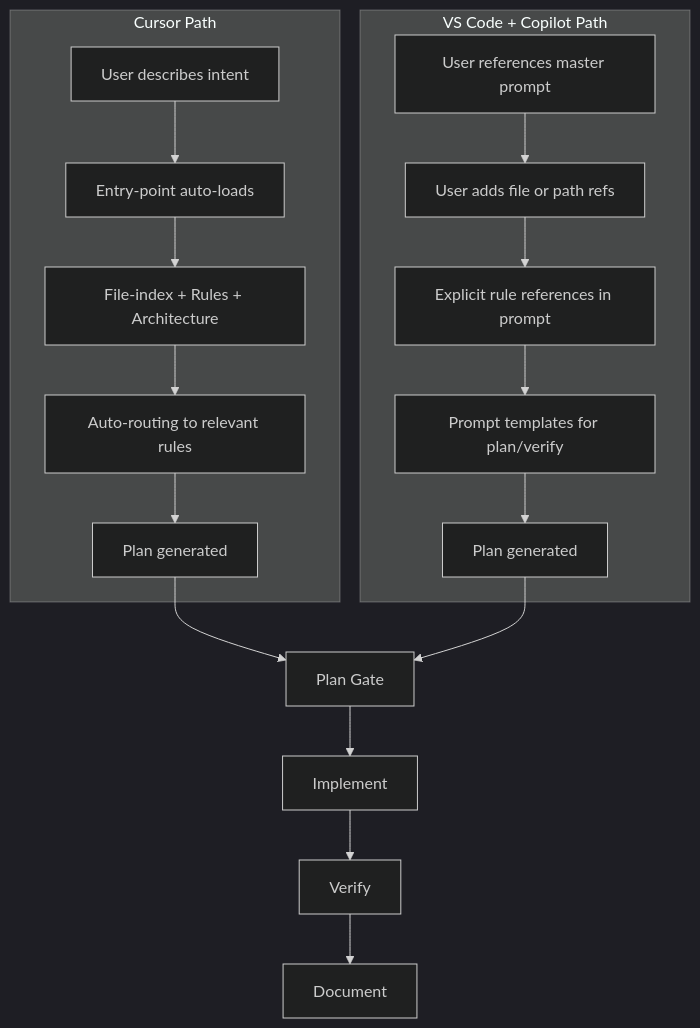
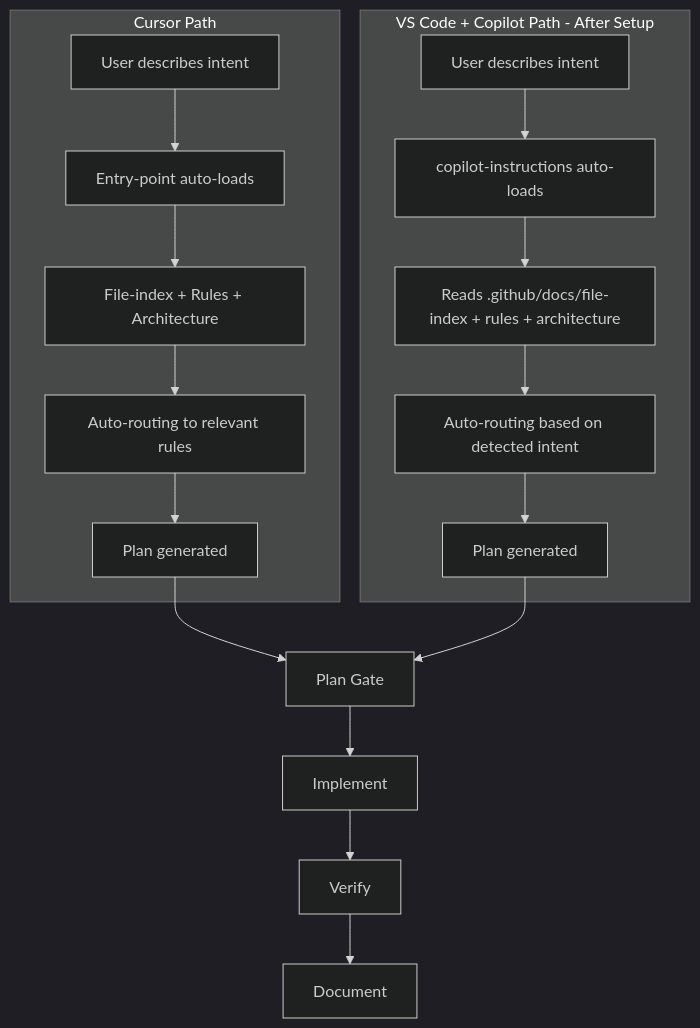
One commit to OwlRepo/cursor-automation-files changed the second of 3 diagrams in README.md. Above: the diagram before and after it, drawn with Mermaid (dark theme). The commit also changed other lines of this file, not shown here.

````diff
--- a/README.md
+++ b/README.md
@@ -141,21 +144,21 @@
 ```mermaid
 flowchart TB
     subgraph cursor [Cursor Path]
         C1[User describes intent] --> C2[Entry-point auto-loads]
         C2 --> C3[File-index + Rules + Architecture]
         C3 --> C4[Auto-routing to relevant rules]
         C4 --> C5[Plan generated]
     end
 
-    subgraph copilot [VS Code + Copilot Path]
-        P1[User references master prompt] --> P2[User adds file or path refs]
-        P2 --> P3[Explicit rule references in prompt]
-        P3 --> P4[Prompt templates for plan/verify]
+    subgraph copilot [VS Code + Copilot Path - After Setup]
+        P1[User describes intent] --> P2[copilot-instructions auto-loads]
+        P2 --> P3[Reads .github/docs/file-index + rules + architecture]
+        P3 --> P4[Auto-routing based on detected intent]
         P4 --> P5[Plan generated]
     end
 
     C5 --> S1
     P5 --> S1
 
     S1[Plan Gate] --> S2[Implement] --> S3[Verify] --> S4[Document]
 ```
````
